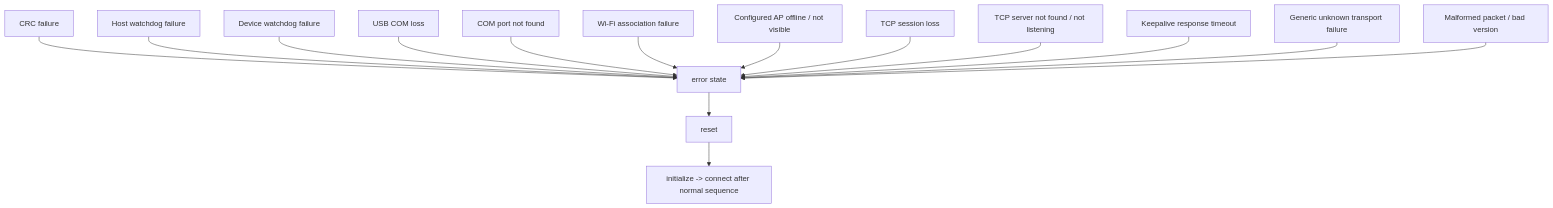
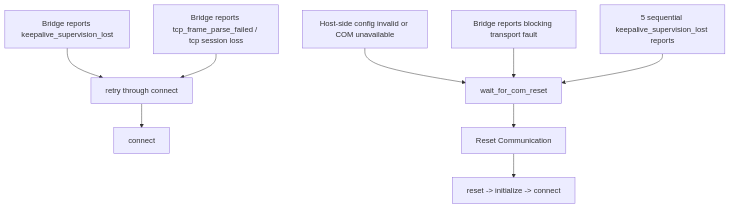
Before and after one commit to eyalglotman-collab/Gaggia_ESP-C3-Mini_Server_and_simulator_and_communication_Interface: the diagram in docs/architecture/failure_modes.mmd, drawn with Mermaid. The commit also changed 13 other files, not shown here.

Commit message:
Release v0.1.16 - move simulator transport ownership toward bridge

```diff
--- a/docs/architecture/failure_modes.mmd
+++ b/docs/architecture/failure_modes.mmd
@@ -1,16 +1,10 @@
 flowchart TD
-    CRC["CRC failure"] --> ERR["error state"]
-    HOST["Host watchdog failure"] --> ERR
-    DEV["Device watchdog failure"] --> ERR
-    USB["USB COM loss"] --> ERR
-    COMCFG["COM port not found"] --> ERR
-    WIFI["Wi-Fi association failure"] --> ERR
-    WIFIOFF["Configured AP offline / not visible"] --> ERR
-    TCP["TCP session loss"] --> ERR
-    TCPNF["TCP server not found / not listening"] --> ERR
-    KAT["Keepalive response timeout"] --> ERR
-    GEN["Generic unknown transport failure"] --> ERR
-    MAL["Malformed packet / bad version"] --> ERR
+    CFG["Host-side config invalid or COM unavailable"] --> WAIT["wait_for_com_reset"]
+    BRIDGE["Bridge reports blocking transport fault"] --> WAIT
+    KEEP["Bridge reports keepalive_supervision_lost"] --> RETRY["retry through connect"]
+    TCP["Bridge reports tcp_frame_parse_failed / tcp session loss"] --> RETRY
+    COUNT["5 sequential keepalive_supervision_lost reports"] --> WAIT
 
-    ERR --> HARD["reset"]
-    HARD --> CONN["initialize -> connect after normal sequence"]
+    RETRY --> CONN["connect"]
+    WAIT --> RESET["Reset Communication"]
+    RESET --> INIT["reset -> initialize -> connect"]
```
